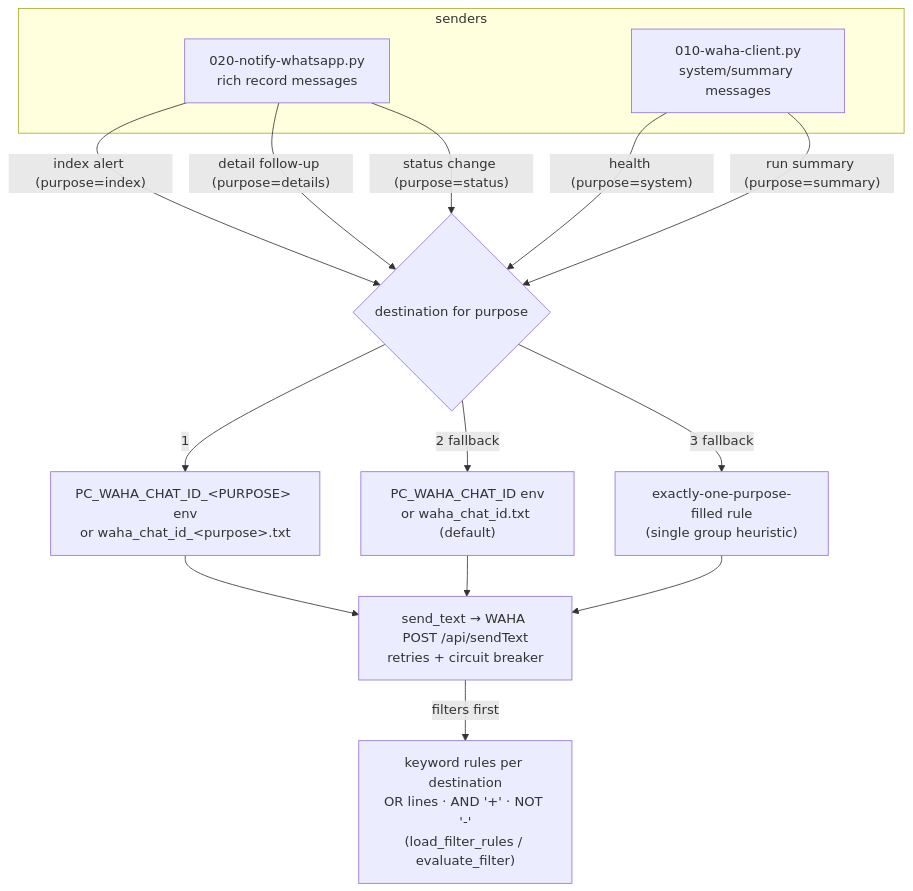
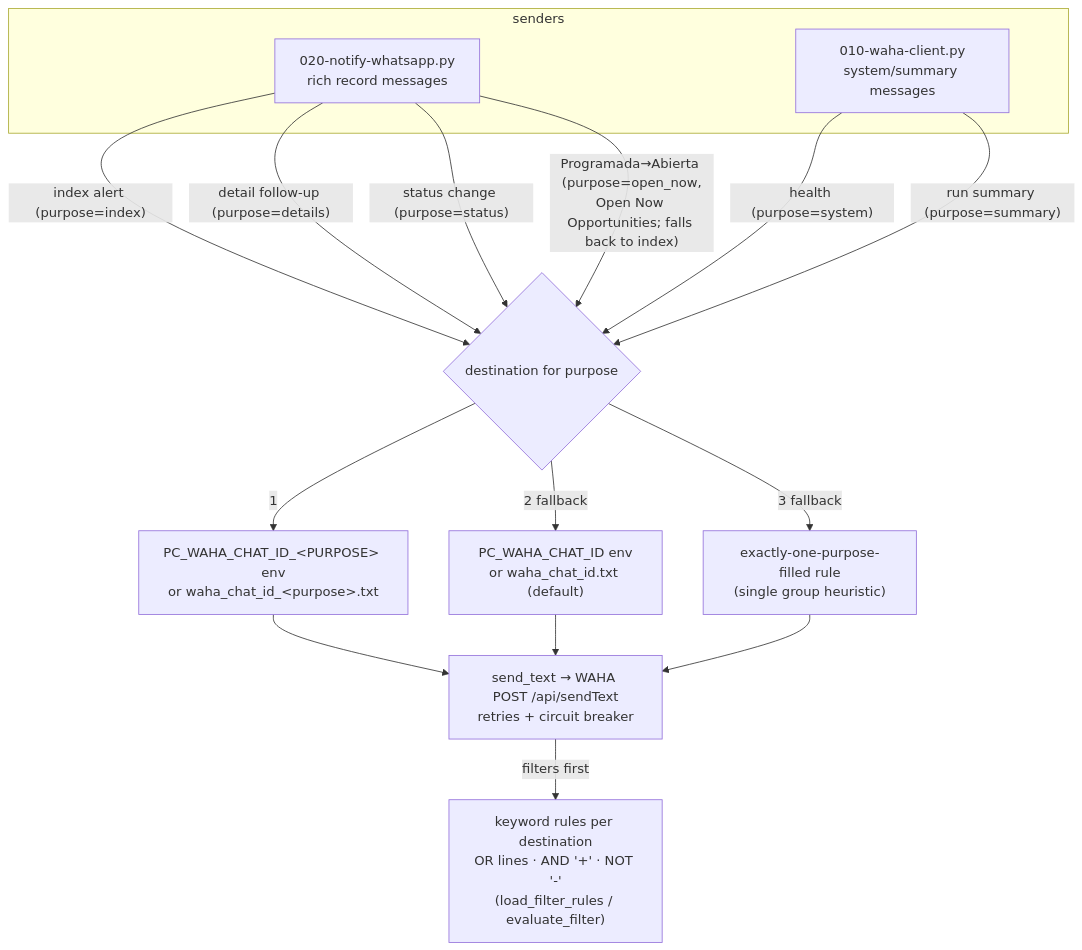
One commit to 413x-4rtur0/panamacompra-collector-backfill changed the third of 7 diagrams in docs/DIAGRAMS.md. Above: the diagram before and after it, drawn with Mermaid. The commit also changed 7 other files, not shown here.

First line of the commit message:
Add Open Now Opportunities destination and fix calendar export mkdir

````diff
--- a/docs/DIAGRAMS.md
+++ b/docs/DIAGRAMS.md
@@ -58,19 +58,20 @@
 ```mermaid
 flowchart TD
   subgraph senders
     NR["020-notify-whatsapp.py<br/>rich record messages"]
     WC["010-waha-client.py<br/>system/summary messages"]
   end
   NR -->|"index alert (purpose=index)"| ROUTE
   NR -->|"detail follow-up (purpose=details)"| ROUTE
   NR -->|"status change (purpose=status)"| ROUTE
+  NR -->|"Programada→Abierta (purpose=open_now,<br/>Open Now Opportunities; falls back to index)"| ROUTE
   WC -->|"health (purpose=system)"| ROUTE
   WC -->|"run summary (purpose=summary)"| ROUTE
 
   ROUTE{destination for purpose}
   ROUTE -->|1| P["PC_WAHA_CHAT_ID_&lt;PURPOSE&gt; env<br/>or waha_chat_id_&lt;purpose&gt;.txt"]
   ROUTE -->|2 fallback| D["PC_WAHA_CHAT_ID env<br/>or waha_chat_id.txt (default)"]
   ROUTE -->|3 fallback| ONE["exactly-one-purpose-filled rule<br/>(single group heuristic)"]
   P & D & ONE --> SEND["send_text → WAHA POST /api/sendText<br/>retries + circuit breaker"]
   SEND -->|filters first| KW["keyword rules per destination<br/>OR lines · AND '+' · NOT '-'<br/>(load_filter_rules / evaluate_filter)"]
 ```
````
